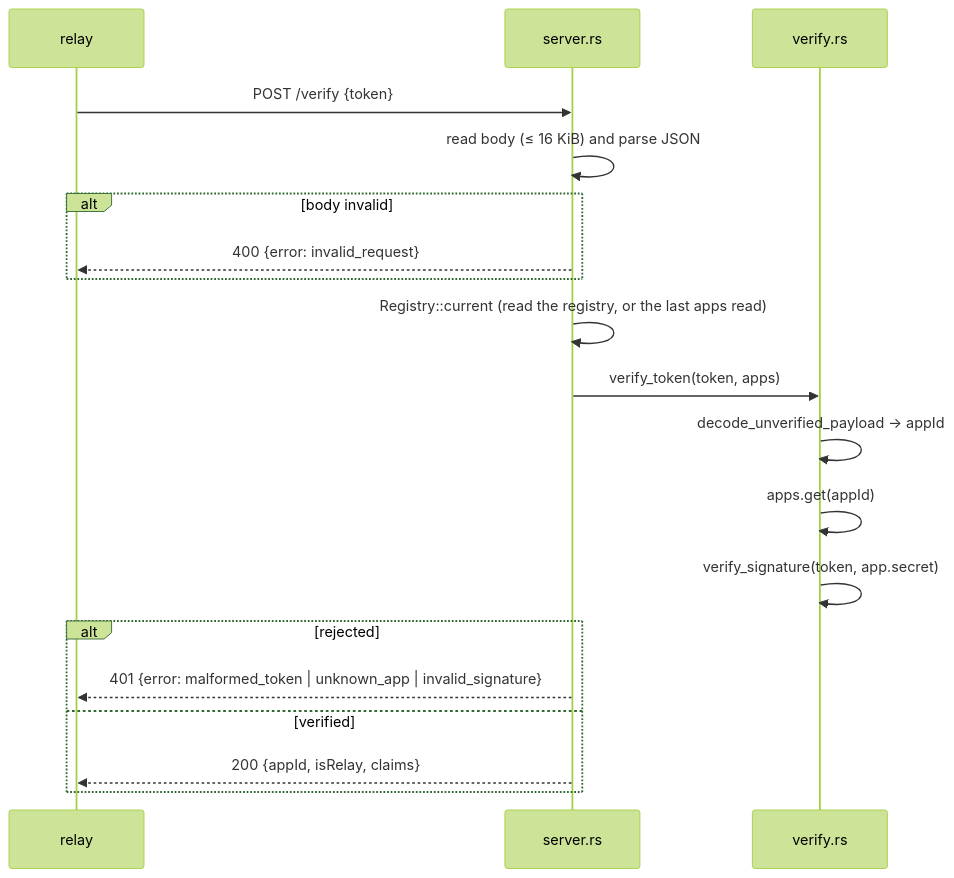
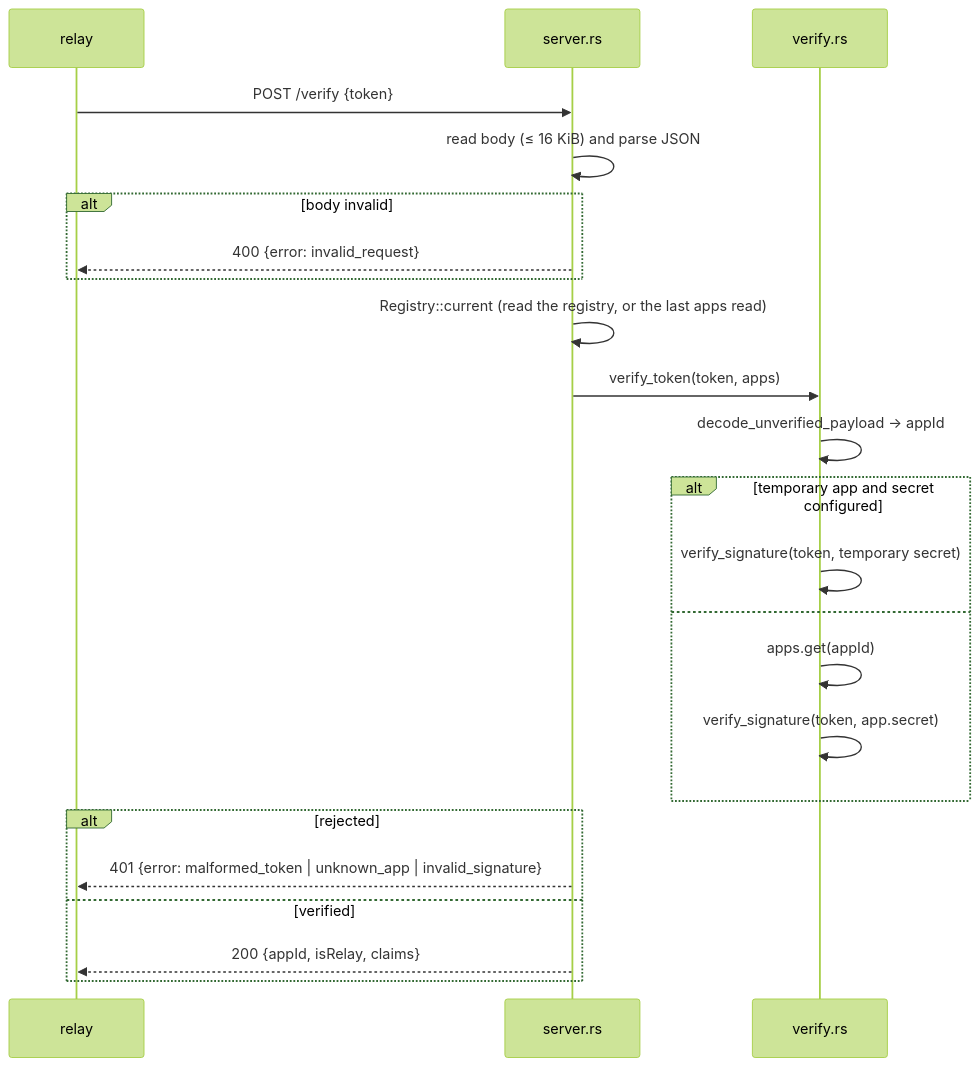
Before and after one commit to nttcom/moq-wasm: the diagram in docs/architecture/vts/architecture.md, drawn with Mermaid (forest theme). The commit also changed other lines of this file and 8 other files, not shown here.

First line of the commit message:
feat(vts): verify temporary apps with a shared secret

````diff
--- a/docs/architecture/vts/architecture.md
+++ b/docs/architecture/vts/architecture.md
@@ -31,21 +37,25 @@
 ```mermaid
 sequenceDiagram
     participant R as relay
     participant S as server.rs
     participant V as verify.rs
     R->>S: POST /verify {token}
     S->>S: read body (≤ 16 KiB) and parse JSON
     alt body invalid
         S-->>R: 400 {error: invalid_request}
     end
     S->>S: Registry::current (read the registry, or the last apps read)
     S->>V: verify_token(token, apps)
     V->>V: decode_unverified_payload → appId
-    V->>V: apps.get(appId)
-    V->>V: verify_signature(token, app.secret)
+    alt temporary app and secret configured
+        V->>V: verify_signature(token, temporary secret)
+    else
+        V->>V: apps.get(appId)
+        V->>V: verify_signature(token, app.secret)
+    end
     alt rejected
         S-->>R: 401 {error: malformed_token | unknown_app | invalid_signature}
     else verified
         S-->>R: 200 {appId, isRelay, claims}
     end
 ```
````
